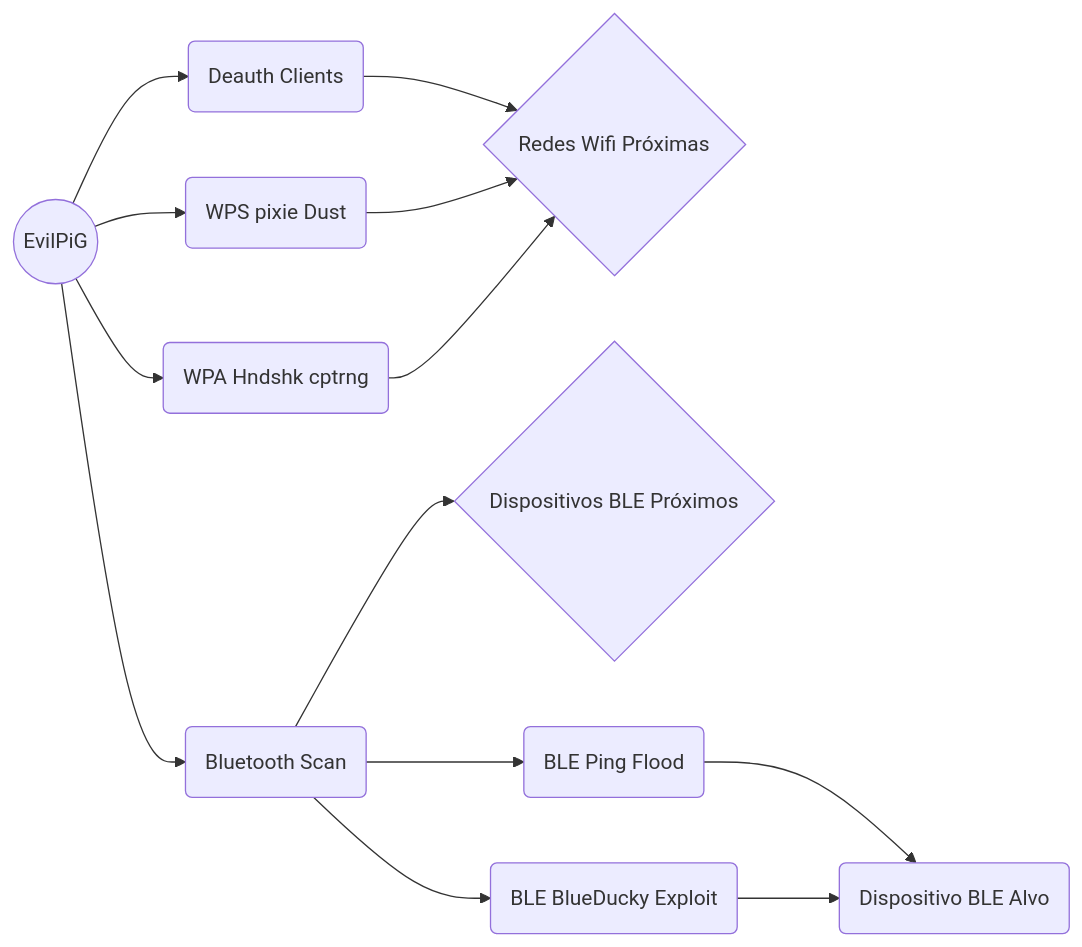
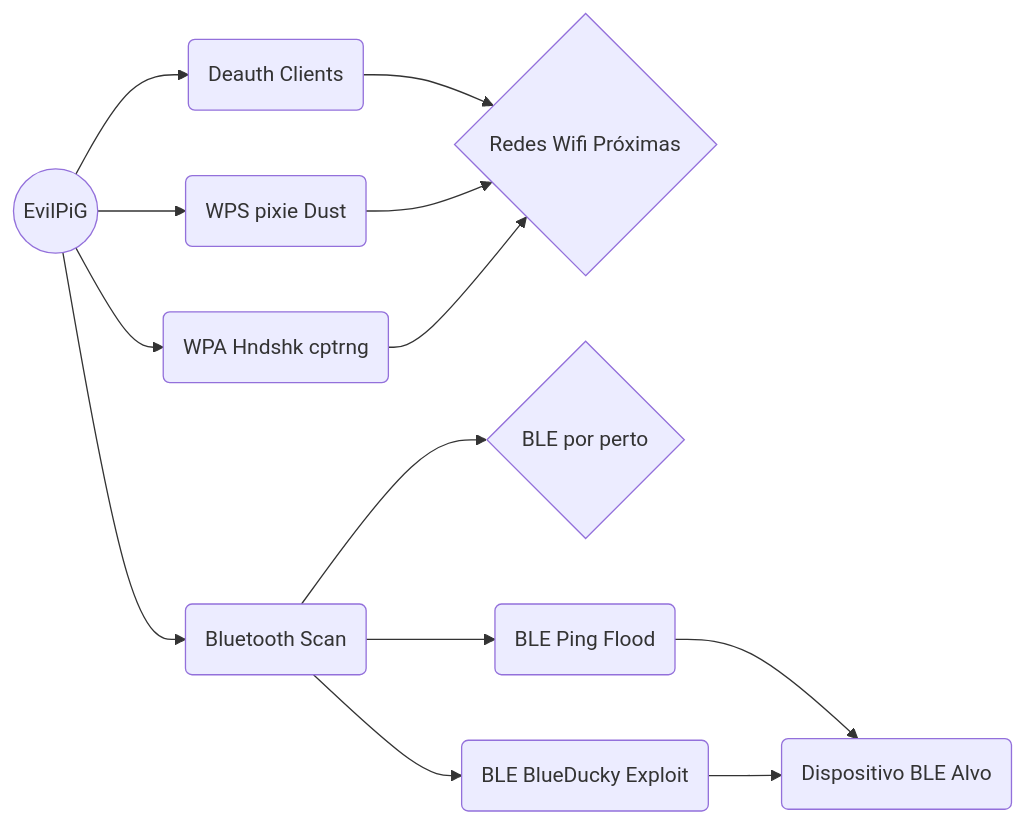
Before and after one commit to Pasch0/EvilPiG: the diagram in README.md, drawn with Mermaid. The commit also changed other lines of this file, not shown here.

````diff
--- a/README.md
+++ b/README.md
@@ -51,15 +51,15 @@
 ```mermaid
 graph LR
 A((EvilPiG)) --> B(Deauth Clients)
 A --> C(WPS pixie Dust)
 B --> D{Redes Wifi Próximas}
 C --> D
 A --> E(WPA Hndshk cptrng)
 E --> D
 A --> H(Bluetooth Scan)
-H --> I{Dispositivos BLE Próximos}
+H --> I{BLE por perto}
 H --> F(BLE Ping Flood)
 H --> G(BLE BlueDucky Exploit)
 F --> J(Dispositivo BLE Alvo)
 G --> J
 ```
````
